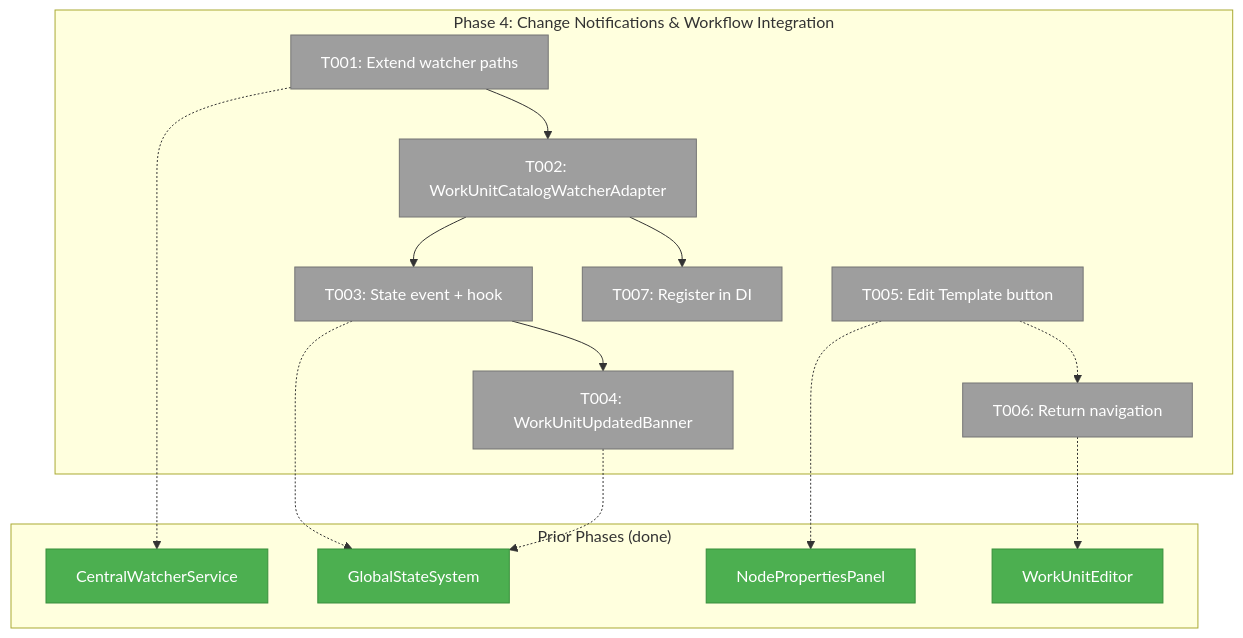
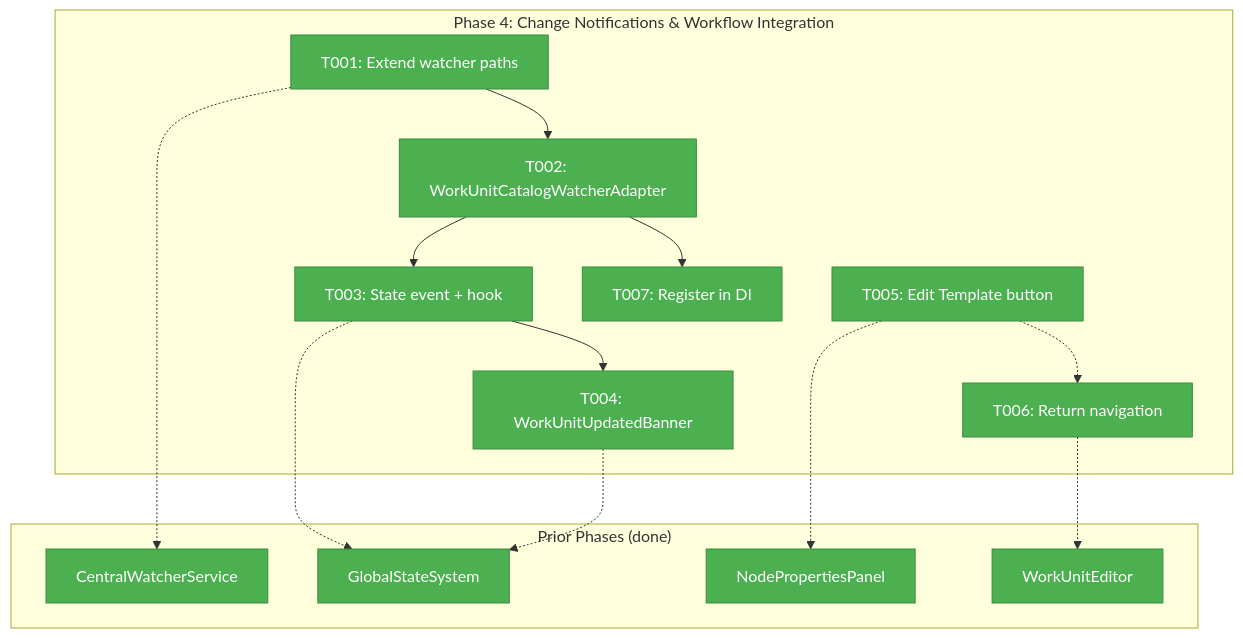
Before and after one commit to AI-Substrate/chainglass: the first of 3 diagrams in docs/plans/058-workunit-editor/tasks/phase-4-change-notifications-workflow-integration/tasks.md, drawn with Mermaid. The commit also changed other lines of this file and 16 other files, not shown here.

````diff
--- a/docs/plans/058-workunit-editor/tasks/phase-4-change-notifications-workflow-integration/tasks.md
+++ b/docs/plans/058-workunit-editor/tasks/phase-4-change-notifications-workflow-integration/tasks.md
@@ -90,34 +90,34 @@
 ```mermaid
 flowchart TD
     classDef pending fill:#9E9E9E,stroke:#757575,color:#fff
     classDef completed fill:#4CAF50,stroke:#388E3C,color:#fff
 
     subgraph Phase4["Phase 4: Change Notifications & Workflow Integration"]
-        T001["T001: Extend watcher paths"]:::pending
-        T002["T002: WorkUnitCatalogWatcherAdapter"]:::pending
-        T003["T003: State event + hook"]:::pending
-        T004["T004: WorkUnitUpdatedBanner"]:::pending
-        T005["T005: Edit Template button"]:::pending
-        T006["T006: Return navigation"]:::pending
-        T007["T007: Register in DI"]:::pending
+        T001["T001: Extend watcher paths"]:::completed
+        T002["T002: WorkUnitCatalogWatcherAdapter"]:::completed
+        T003["T003: State event + hook"]:::completed
+        T004["T004: WorkUnitUpdatedBanner"]:::completed
+        T005["T005: Edit Template button"]:::completed
+        T006["T006: Return navigation"]:::completed
+        T007["T007: Register in DI"]:::completed
 
         T001 --> T002
         T002 --> T003
         T003 --> T004
         T002 --> T007
         T005 -.-> T006
     end
 
     subgraph Prior["Prior Phases (done)"]
         CWS["CentralWatcherService"]:::completed
         GSS["GlobalStateSystem"]:::completed
         NPP["NodePropertiesPanel"]:::completed
         WUE["WorkUnitEditor"]:::completed
     end
 
     T001 -.-> CWS
     T003 -.-> GSS
     T004 -.-> GSS
     T005 -.-> NPP
     T006 -.-> WUE
 ```
````
